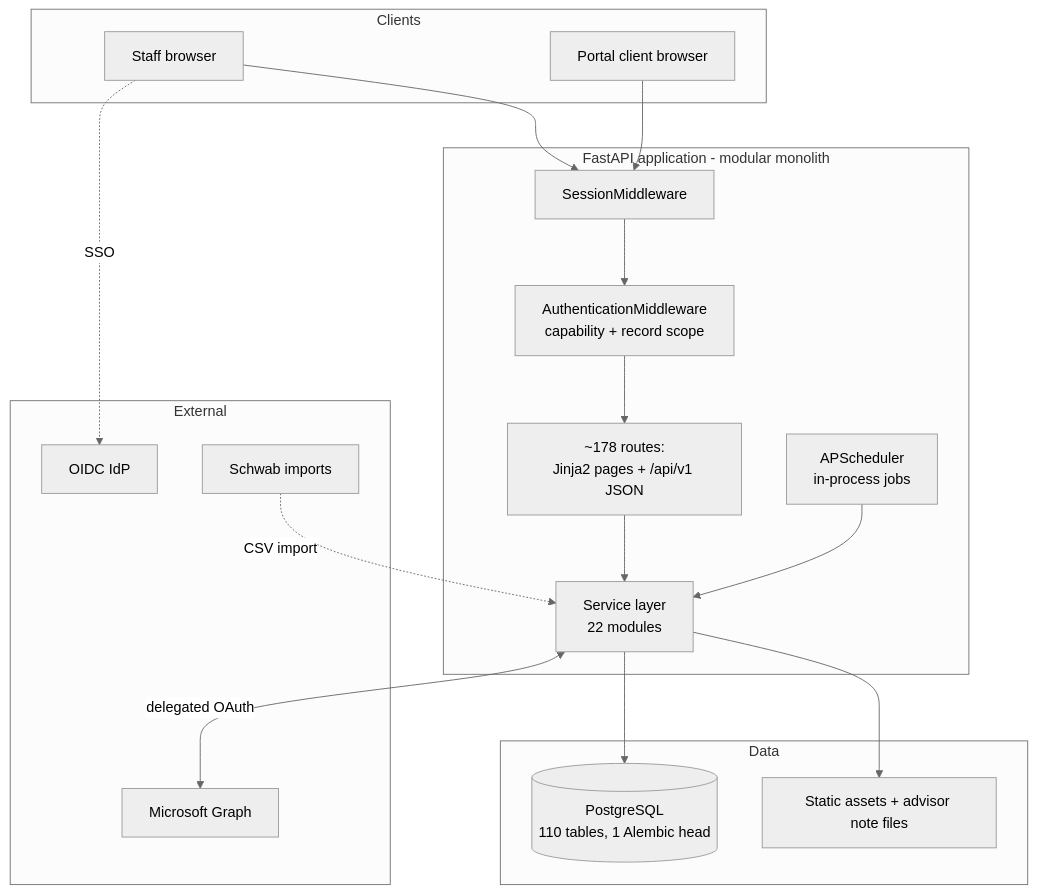
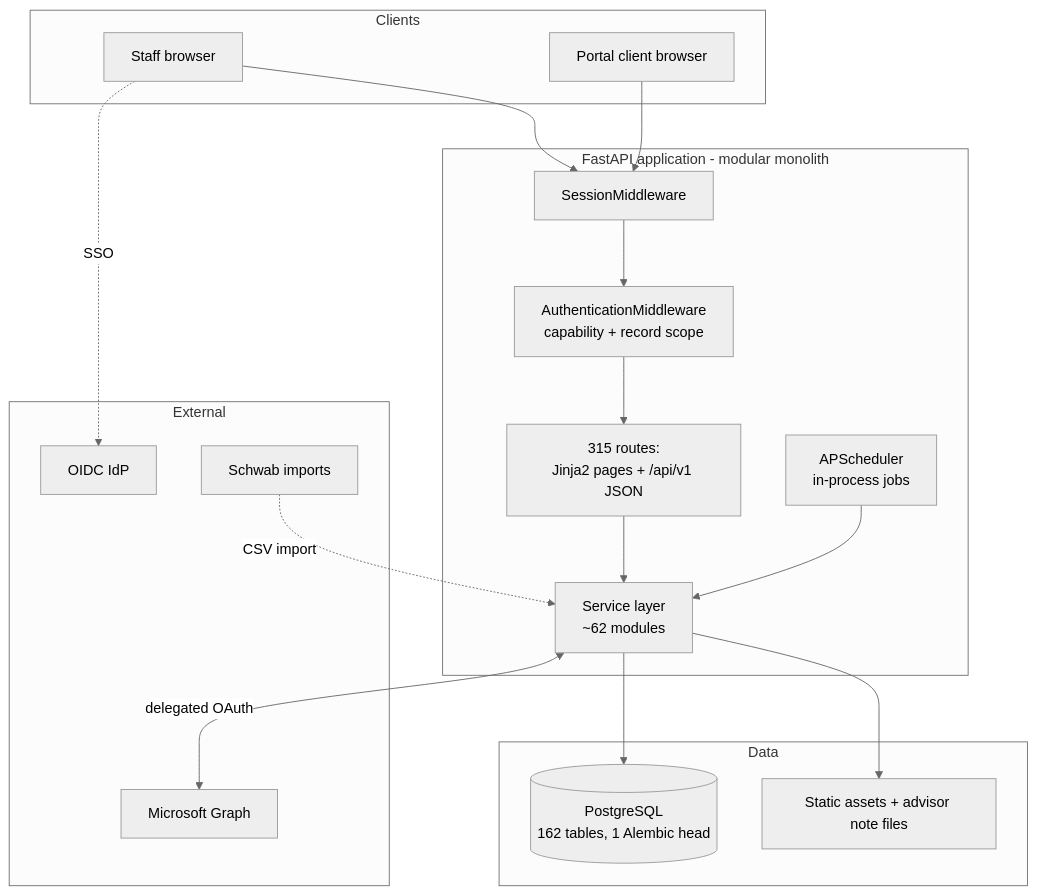
The first of 5 diagrams in docs/PRODUCTION_ARCHITECTURE.md (360WealthConsulting/Client360), drawn with Mermaid (neutral theme) before and after one commit. The commit also changed other lines of this file and 2 other files, not shown here.

````diff
--- a/docs/PRODUCTION_ARCHITECTURE.md
+++ b/docs/PRODUCTION_ARCHITECTURE.md
@@ -67,30 +86,30 @@
 ```mermaid
 flowchart TB
   subgraph Clients
     Staff[Staff browser]
     Portal[Portal client browser]
   end
   subgraph Edge[FastAPI application - modular monolith]
     SM[SessionMiddleware]
     AM[AuthenticationMiddleware<br/>capability + record scope]
-    Routes[~178 routes:<br/>Jinja2 pages + /api/v1 JSON]
-    Svc[Service layer<br/>22 modules]
+    Routes[315 routes:<br/>Jinja2 pages + /api/v1 JSON]
+    Svc[Service layer<br/>~62 modules]
     Sched[APScheduler<br/>in-process jobs]
   end
   subgraph Data
-    PG[(PostgreSQL<br/>110 tables, 1 Alembic head)]
+    PG[(PostgreSQL<br/>162 tables, 1 Alembic head)]
     FS[Static assets + advisor note files]
   end
   subgraph External
     OIDC[OIDC IdP]
     Graph[Microsoft Graph]
     Schwab[Schwab imports]
   end
   Staff --> SM --> AM --> Routes --> Svc --> PG
   Portal --> SM
   Svc --> FS
   Staff -. SSO .-> OIDC
   Sched --> Svc
   Svc <-- delegated OAuth --> Graph
   Schwab -. CSV import .-> Svc
 ```
````
